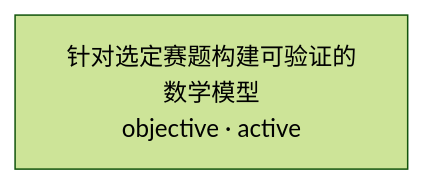
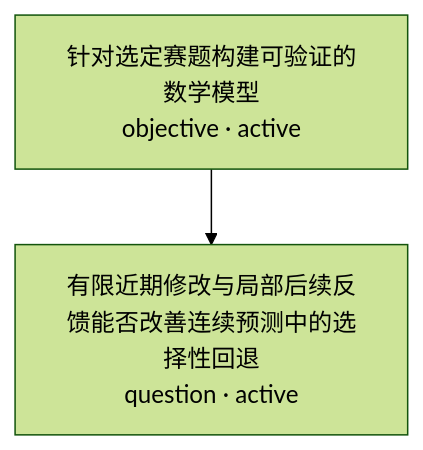
Before and after one commit to Akira-TL/Antomony: the diagram in research-tree/README.md, drawn with Mermaid (forest theme). The commit also changed other lines of this file and 4 other files, not shown here.

````diff
--- a/research-tree/README.md
+++ b/research-tree/README.md
@@ -5,4 +5,6 @@
 ```mermaid
 flowchart TD
     N1["针对选定赛题构建可验证的数学模型<br/>objective · active"]
+    N2["有限近期修改与局部后续反馈能否改善连续预测中的选择性回退<br/>question · active"]
+    N1 --> N2
 ```
````
